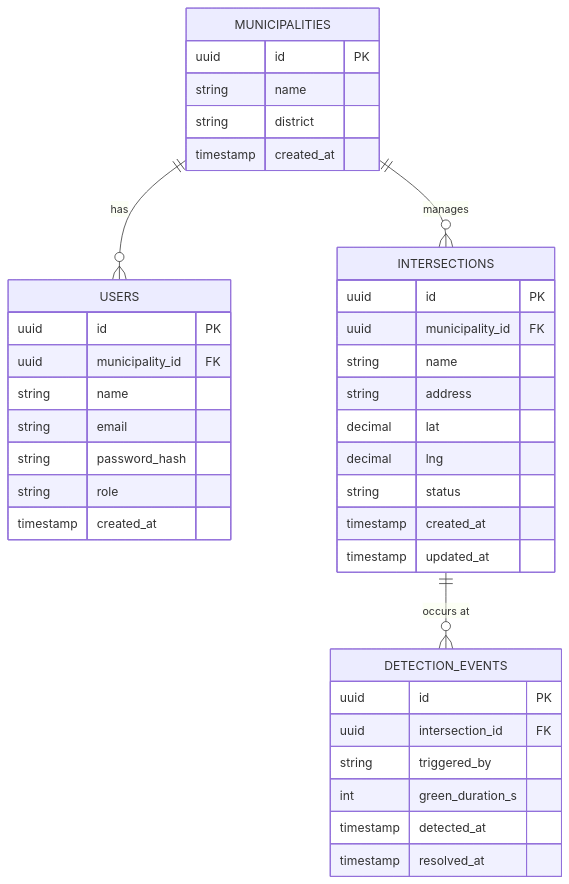
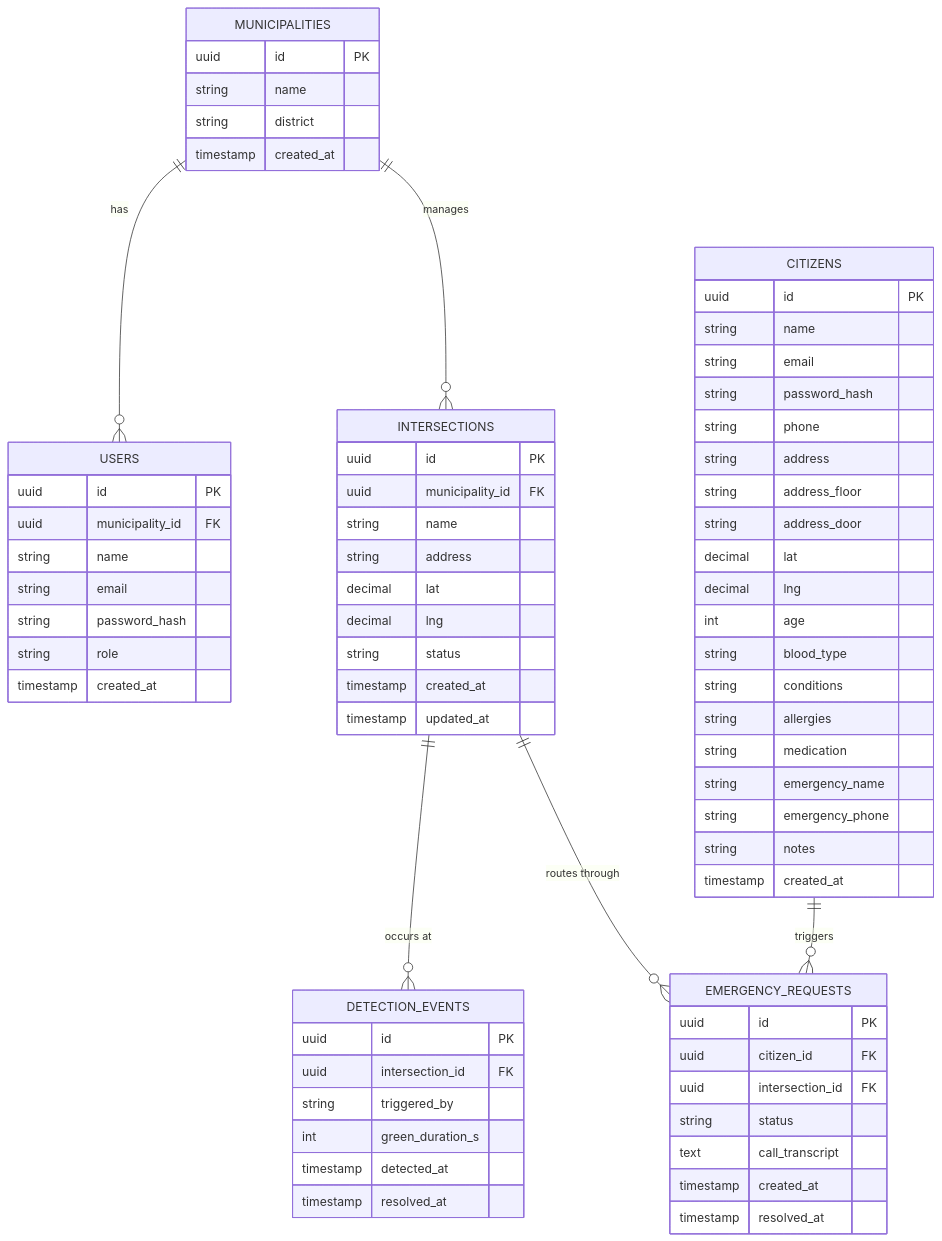
Before and after one commit to Tomas4030/smartflow: the diagram in docs/data-model.md, drawn with Mermaid. The commit also changed other lines of this file and 6 other files, not shown here.

Commit message:
feat: docs: add architecture docs, API reference

````diff
--- a/docs/data-model.md
+++ b/docs/data-model.md
@@ -9,44 +9,78 @@
 ```mermaid
 erDiagram
     MUNICIPALITIES {
         uuid id PK
         string name
         string district
         timestamp created_at
     }
 
     USERS {
         uuid id PK
         uuid municipality_id FK
         string name
         string email
         string password_hash
         string role
         timestamp created_at
     }
 
     INTERSECTIONS {
         uuid id PK
         uuid municipality_id FK
         string name
         string address
         decimal lat
         decimal lng
         string status
         timestamp created_at
         timestamp updated_at
     }
 
     DETECTION_EVENTS {
         uuid id PK
         uuid intersection_id FK
         string triggered_by
         int green_duration_s
         timestamp detected_at
         timestamp resolved_at
     }
 
+    CITIZENS {
+        uuid id PK
+        string name
+        string email
+        string password_hash
+        string phone
+        string address
+        string address_floor
+        string address_door
+        decimal lat
+        decimal lng
+        int age
+        string blood_type
+        string conditions
+        string allergies
+        string medication
+        string emergency_name
+        string emergency_phone
+        string notes
+        timestamp created_at
+    }
+
+    EMERGENCY_REQUESTS {
+        uuid id PK
+        uuid citizen_id FK
+        uuid intersection_id FK
+        string status
+        text call_transcript
+        timestamp created_at
+        timestamp resolved_at
+    }
+
     MUNICIPALITIES ||--o{ USERS : "has"
     MUNICIPALITIES ||--o{ INTERSECTIONS : "manages"
     INTERSECTIONS ||--o{ DETECTION_EVENTS : "occurs at"
+    CITIZENS ||--o{ EMERGENCY_REQUESTS : "triggers"
+    INTERSECTIONS ||--o{ EMERGENCY_REQUESTS : "routes through"
 ```
````
